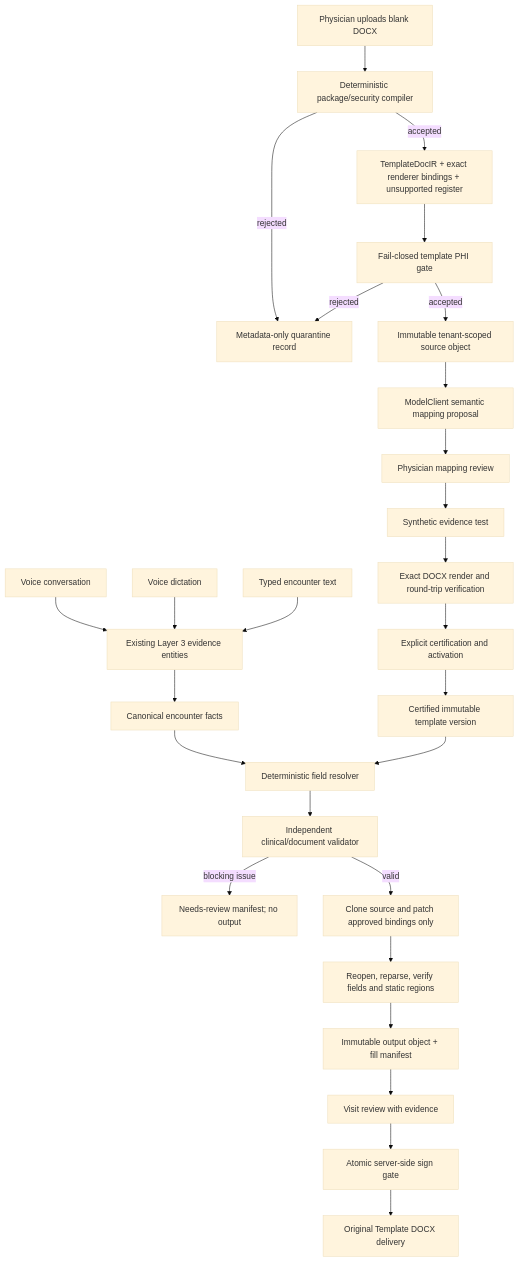
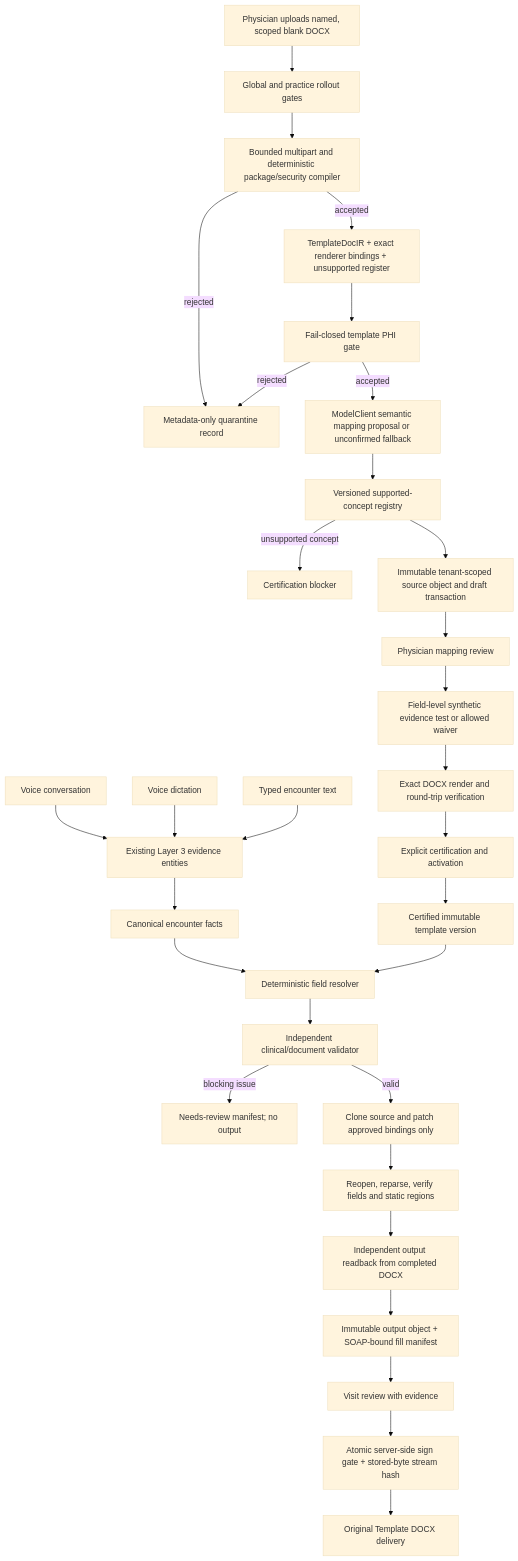
One commit to kasrarayat-cloud/MedDoc changed the diagram in docs/template-twin-docx-v1.md. Above: the diagram before and after it, drawn with Mermaid (base theme). The commit also changed other lines of this file and 2 other files, not shown here.

Commit message:
docs(template-twin): record safe alpha boundary and release gates

````diff
--- a/docs/template-twin-docx-v1.md
+++ b/docs/template-twin-docx-v1.md
@@ -17,30 +41,34 @@
 ```mermaid
 flowchart TD
-    A[Physician uploads blank DOCX] --> B[Deterministic package/security compiler]
+    A[Physician uploads named, scoped blank DOCX] --> R0[Global and practice rollout gates]
+    R0 --> B[Bounded multipart and deterministic package/security compiler]
     B -->|rejected| Q[Metadata-only quarantine record]
     B -->|accepted| C[TemplateDocIR + exact renderer bindings + unsupported register]
     C --> D[Fail-closed template PHI gate]
     D -->|rejected| Q
-    D -->|accepted| E[Immutable tenant-scoped source object]
-    E --> F[ModelClient semantic mapping proposal]
-    F --> G[Physician mapping review]
-    G --> H[Synthetic evidence test]
+    D -->|accepted| F[ModelClient semantic mapping proposal or unconfirmed fallback]
+    F --> F2[Versioned supported-concept registry]
+    F2 -->|unsupported concept| Q2[Certification blocker]
+    F2 --> E[Immutable tenant-scoped source object and draft transaction]
+    E --> G[Physician mapping review]
+    G --> H[Field-level synthetic evidence test or allowed waiver]
     H --> I[Exact DOCX render and round-trip verification]
     I --> J[Explicit certification and activation]
 
     K[Voice conversation] --> L[Existing Layer 3 evidence entities]
     M[Voice dictation] --> L
     N[Typed encounter text] --> L
     L --> O[Canonical encounter facts]
     J --> P[Certified immutable template version]
     O --> R[Deterministic field resolver]
     P --> R
     R --> S[Independent clinical/document validator]
     S -->|blocking issue| T[Needs-review manifest; no output]
     S -->|valid| U[Clone source and patch approved bindings only]
     U --> V[Reopen, reparse, verify fields and static regions]
-    V --> W[Immutable output object + fill manifest]
+    V --> V2[Independent output readback from completed DOCX]
+    V2 --> W[Immutable output object + SOAP-bound fill manifest]
     W --> X[Visit review with evidence]
-    X --> Y[Atomic server-side sign gate]
+    X --> Y[Atomic server-side sign gate + stored-byte stream hash]
     Y --> Z[Original Template DOCX delivery]
 ```
````
